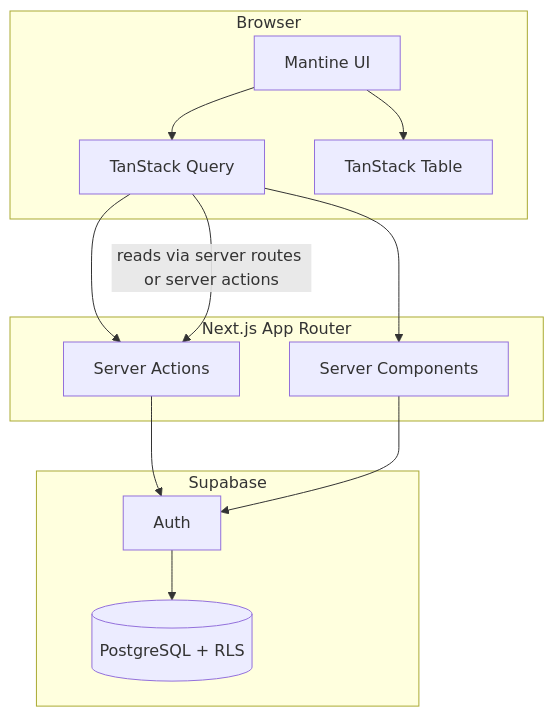
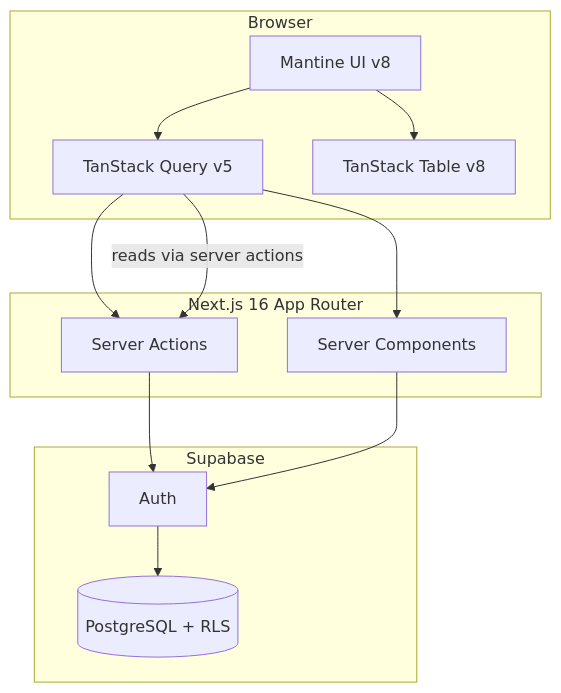
One commit to renegatorator/ops-tracker changed the diagram in docs/ARCHITECTURE.md. Above: the diagram before and after it, drawn with Mermaid. The commit also changed other lines of this file and 3 other files, not shown here.

First line of the commit message:
feat: update architecture and readme

````diff
--- a/docs/ARCHITECTURE.md
+++ b/docs/ARCHITECTURE.md
@@ -20,27 +20,27 @@
 ```mermaid
 flowchart TB
   subgraph client["Browser"]
-    UI[Mantine UI]
-    RQ[TanStack Query]
-    TC[TanStack Table]
+    UI[Mantine UI v8]
+    RQ[TanStack Query v5]
+    TC[TanStack Table v8]
     UI --> RQ
     UI --> TC
   end
 
-  subgraph next["Next.js App Router"]
+  subgraph next["Next.js 16 App Router"]
     RSC[Server Components]
     SA[Server Actions]
     RQ --> RSC
     RQ --> SA
   end
 
   subgraph supabase["Supabase"]
     AUTH[Auth]
     PG[(PostgreSQL + RLS)]
     AUTH --> PG
   end
 
   SA --> AUTH
   RSC --> AUTH
-  RQ -->|"reads via server routes or server actions"| SA
+  RQ -->|"reads via server actions"| SA
 ```
````
